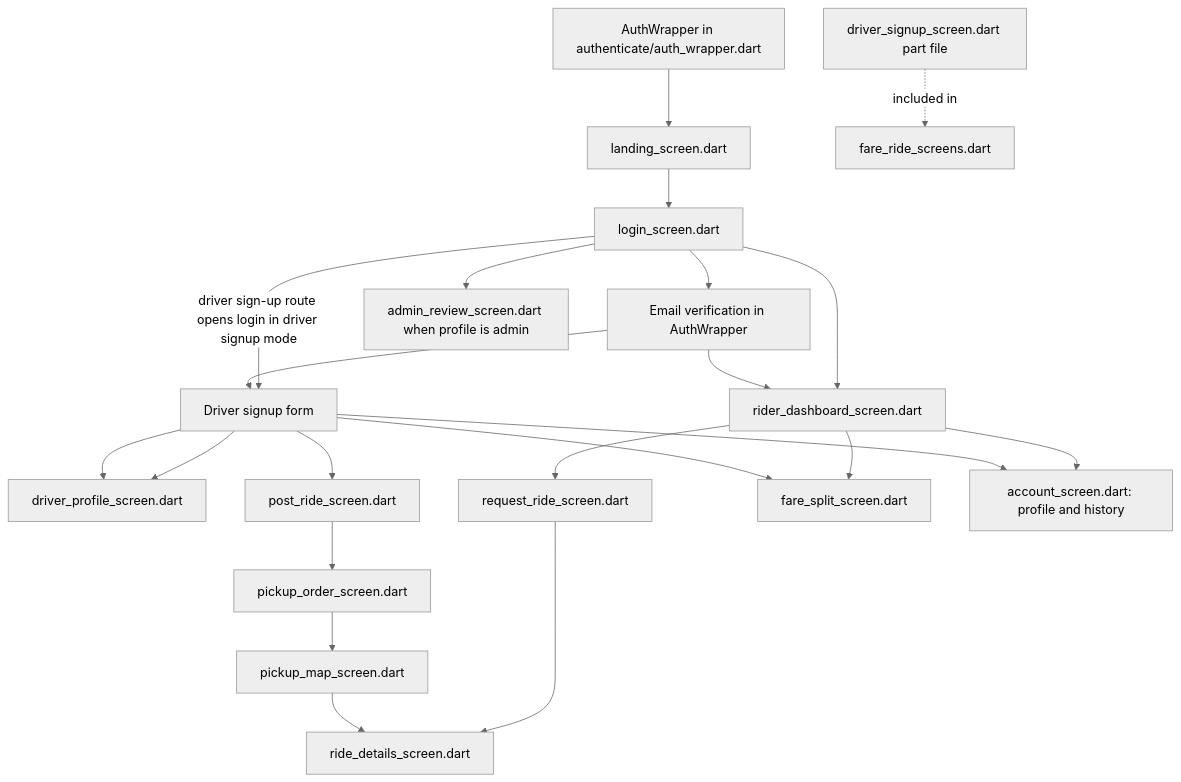
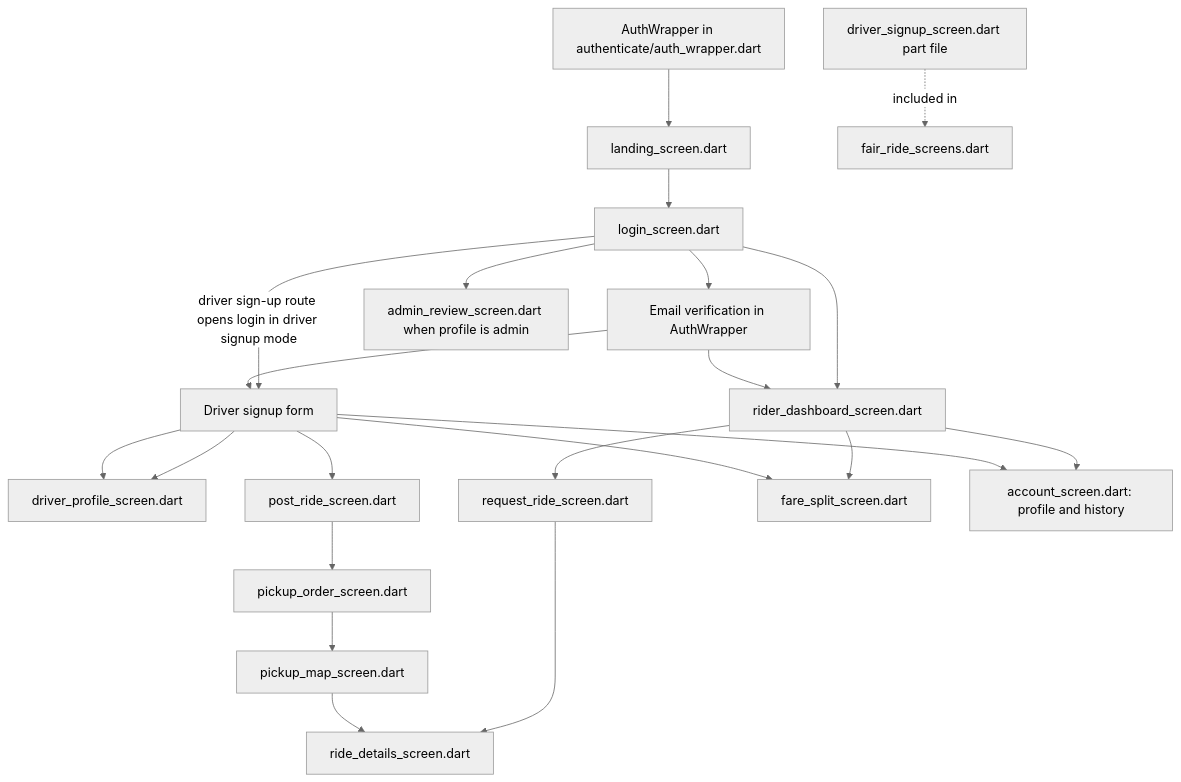
The seventh of 9 diagrams in README.md (KoenaBiswas/FairRide), drawn with Mermaid (neutral theme) before and after one commit. The commit also changed other lines of this file and 53 other files, not shown here.

````diff
--- a/README.md
+++ b/README.md
@@ -244,24 +249,24 @@
 ```mermaid
 flowchart TD
   Gate[AuthWrapper in authenticate/auth_wrapper.dart] --> Landing[landing_screen.dart]
   Landing --> Login[login_screen.dart]
   Login --> Rider[rider_dashboard_screen.dart]
   Login -->|driver sign-up route opens login in driver signup mode| Driver[Driver signup form]
   Login --> Verify[Email verification in AuthWrapper]
   Verify --> Rider
   Verify --> Driver
   Driver --> DriverProfile[driver_profile_screen.dart]
   Rider --> Find[request_ride_screen.dart]
   Find --> Details[ride_details_screen.dart]
   Driver --> Post[post_ride_screen.dart]
   Post --> Manage[pickup_order_screen.dart]
   Manage --> PickupMap[pickup_map_screen.dart]
   Rider --> Fare[fare_split_screen.dart]
   Driver --> Fare
   Rider --> Account[account_screen.dart: profile and history]
   Driver --> Account
   Driver --> DriverProfile
   Login --> Admin[admin_review_screen.dart when profile is admin]
   PickupMap --> Details
-  DriverPart[driver_signup_screen.dart part file] -. included in .-> Registry[fare_ride_screens.dart]
+  DriverPart[driver_signup_screen.dart part file] -. included in .-> Registry[fair_ride_screens.dart]
 ```
````
